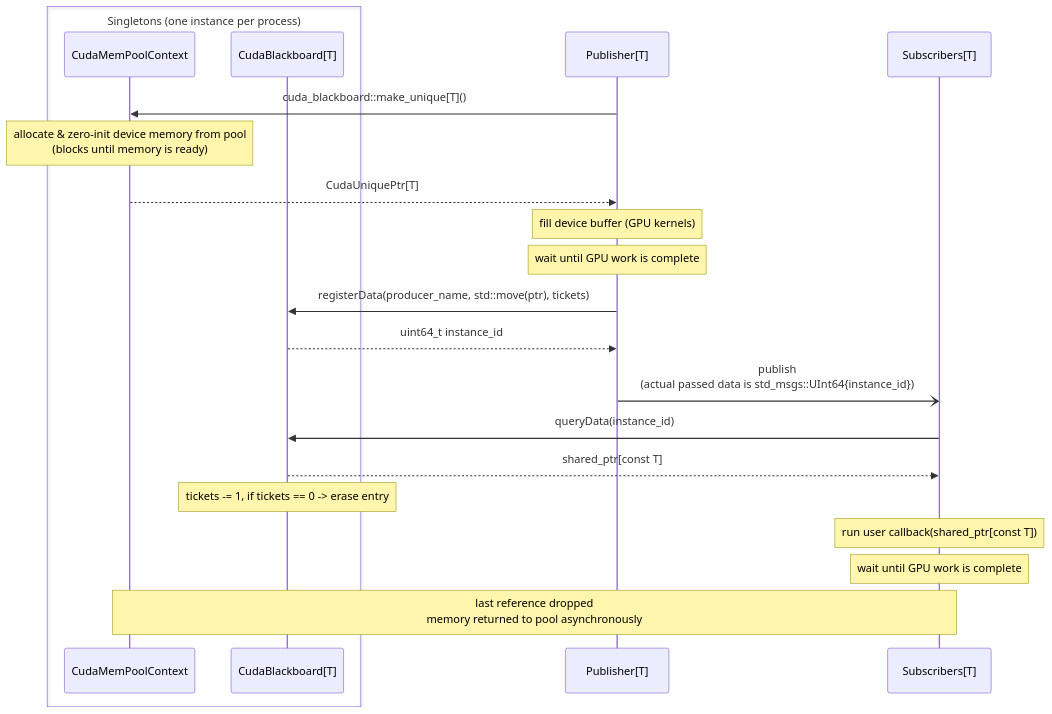
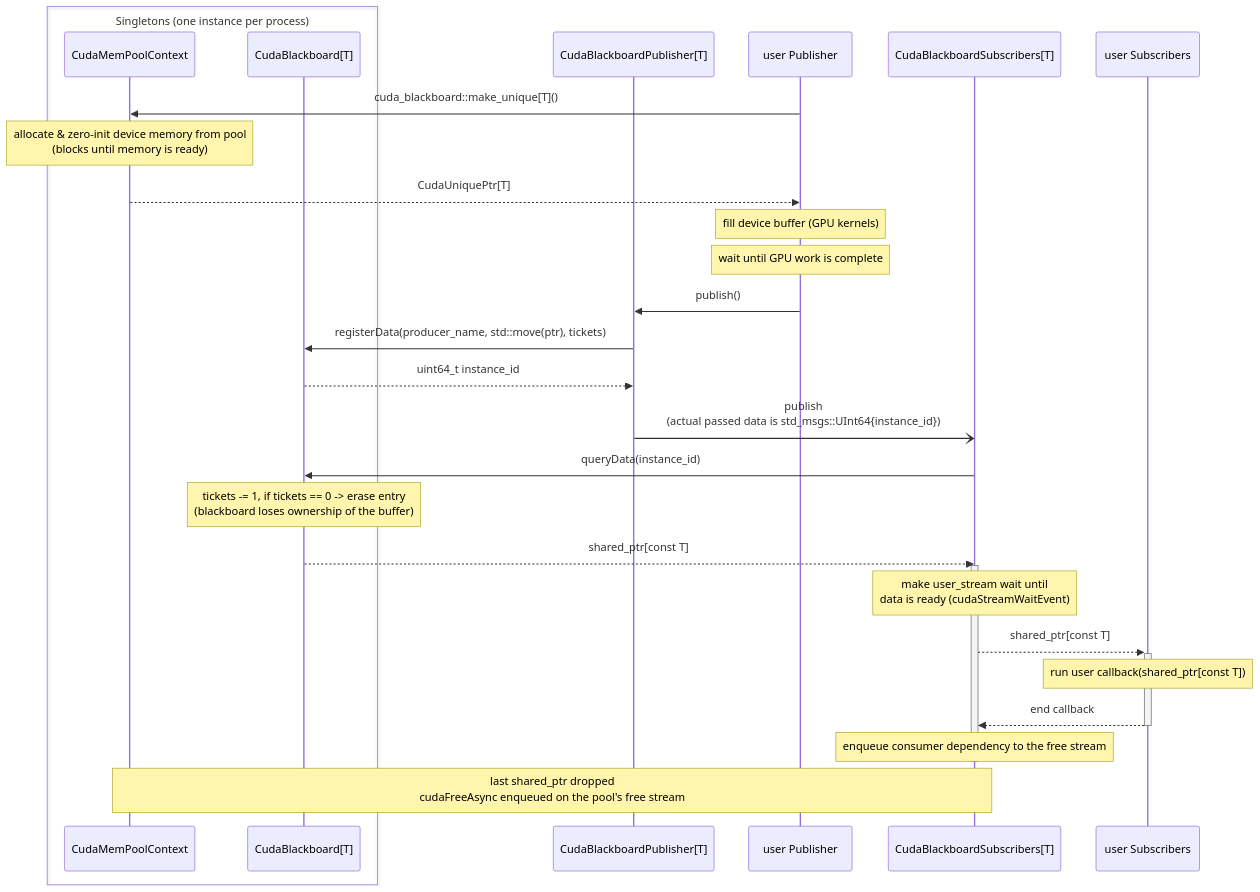
One commit to autowarefoundation/cuda_blackboard changed the diagram in README.md. Above: the diagram before and after it, drawn with Mermaid. The commit also changed other lines of this file, not shown here.

Commit message:
docs: update README according to the updated code structure

````diff
--- a/README.md
+++ b/README.md
@@ -30,30 +30,39 @@
 ```mermaid
 sequenceDiagram
     box Singletons (one instance per process)
     participant POOL as CudaMemPoolContext
     participant BB as CudaBlackboard[T]
     end
-    participant PUB as Publisher[T]
-    participant SUB as Subscribers[T]
+    participant CUDAPUB as CudaBlackboardPublisher[T]
+    participant USERPUB as user Publisher
 
-    PUB->>POOL: cuda_blackboard::make_unique[T]()
+    participant CUDASUB as CudaBlackboardSubscribers[T]
+    participant USERSUB as user Subscribers
+
+    USERPUB->>POOL: cuda_blackboard::make_unique[T]()
     Note over POOL: allocate & zero-init device memory from pool<br>(blocks until memory is ready)
-    POOL-->>PUB: CudaUniquePtr[T]
+    POOL-->>USERPUB: CudaUniquePtr[T]
 
-    Note over PUB: fill device buffer (GPU kernels)
-    Note over PUB: wait until GPU work is complete
+    Note over USERPUB: fill device buffer (GPU kernels)
+    Note over USERPUB: wait until GPU work is complete
+    USERPUB->>CUDAPUB: publish()
 
-    PUB->>BB: registerData(producer_name, std::move(ptr), tickets)
-    BB-->>PUB: uint64_t instance_id
+    CUDAPUB->>BB: registerData(producer_name, std::move(ptr), tickets)
+    BB-->>CUDAPUB: uint64_t instance_id
 
-    PUB-)SUB: publish<br>(actual passed data is std_msgs::UInt64{instance_id})
+    CUDAPUB-)CUDASUB: publish<br>(actual passed data is std_msgs::UInt64{instance_id})
 
-    SUB->>BB: queryData(instance_id)
-    BB-->>SUB: shared_ptr[const T]
-    Note over BB: tickets -= 1, if tickets == 0 -> erase entry
+    CUDASUB->>BB: queryData(instance_id)
+    Note over BB: tickets -= 1, if tickets == 0 -> erase entry<br>(blackboard loses ownership of the buffer)
+    BB-->>CUDASUB: shared_ptr[const T]
 
-    Note over SUB: run user callback(shared_ptr[const T])
-    Note over SUB: wait until GPU work is complete
+    activate CUDASUB
+    Note over CUDASUB: make user_stream wait until<br>data is ready (cudaStreamWaitEvent)
+    CUDASUB-->>+USERSUB: shared_ptr[const T]
+    Note over USERSUB: run user callback(shared_ptr[const T])
+    USERSUB-->>-CUDASUB: end callback
+    Note over CUDASUB: enqueue consumer dependency to the free stream
+    deactivate CUDASUB
 
-    Note over POOL,SUB: last reference dropped<br>memory returned to pool asynchronously
+    Note over POOL,CUDASUB: last shared_ptr dropped<br>cudaFreeAsync enqueued on the pool's free stream
 ```
````
